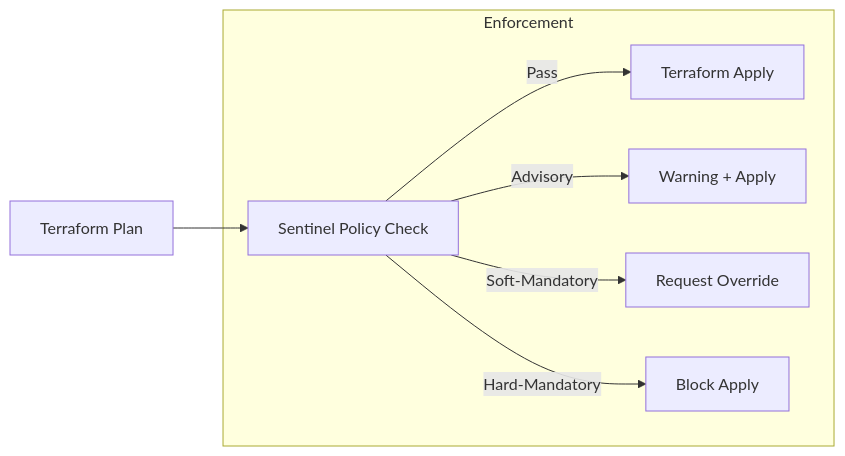
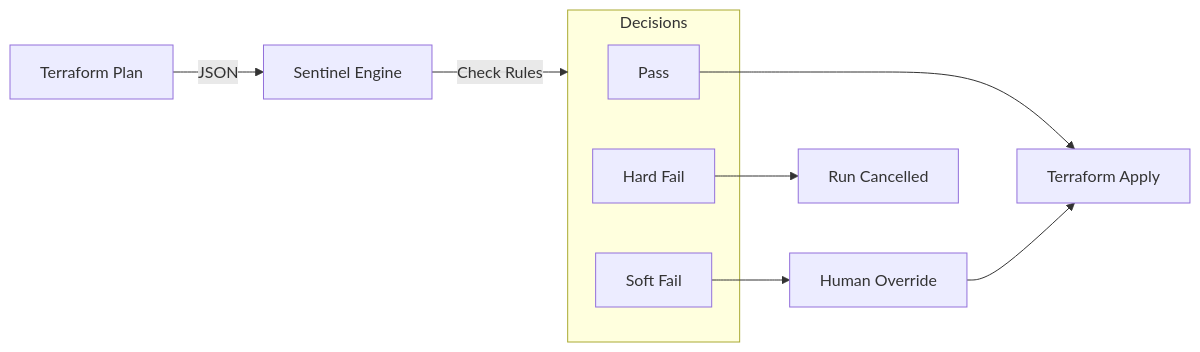
The diagram in 2-Intermediate/03-Terraform/06-Terraform-Cloud/06-Policy-as-Code-Sentinel/README.md (Ganil151/Devops), drawn with Mermaid before and after one commit. The commit also changed other lines of this file and 36 other files, not shown here.

````diff
--- a/2-Intermediate/03-Terraform/06-Terraform-Cloud/06-Policy-as-Code-Sentinel/README.md
+++ b/2-Intermediate/03-Terraform/06-Terraform-Cloud/06-Policy-as-Code-Sentinel/README.md
@@ -21,10 +12,16 @@
 ```mermaid
 graph LR
-    Plan[Terraform Plan] --> Policy[Sentinel Policy Check]
-    subgraph Enforcement
-        Policy -- Pass --> Apply[Terraform Apply]
-        Policy -- Advisory --> Warn[Warning + Apply]
-        Policy -- Soft-Mandatory --> Override[Request Override]
-        Policy -- Hard-Mandatory --> Fail[Block Apply]
+    Plan[Terraform Plan] -->|JSON| Sentinel[Sentinel Engine]
+    Sentinel -->|Check Rules| Decisions
+    
+    subgraph "Decisions"
+        Pass[Pass]
+        Soft[Soft Fail]
+        Hard[Hard Fail]
     end
+    
+    Pass --> Apply[Terraform Apply]
+    Soft --> Manual[Human Override]
+    Manual --> Apply
+    Hard --> Reject[Run Cancelled]
 ```
````
